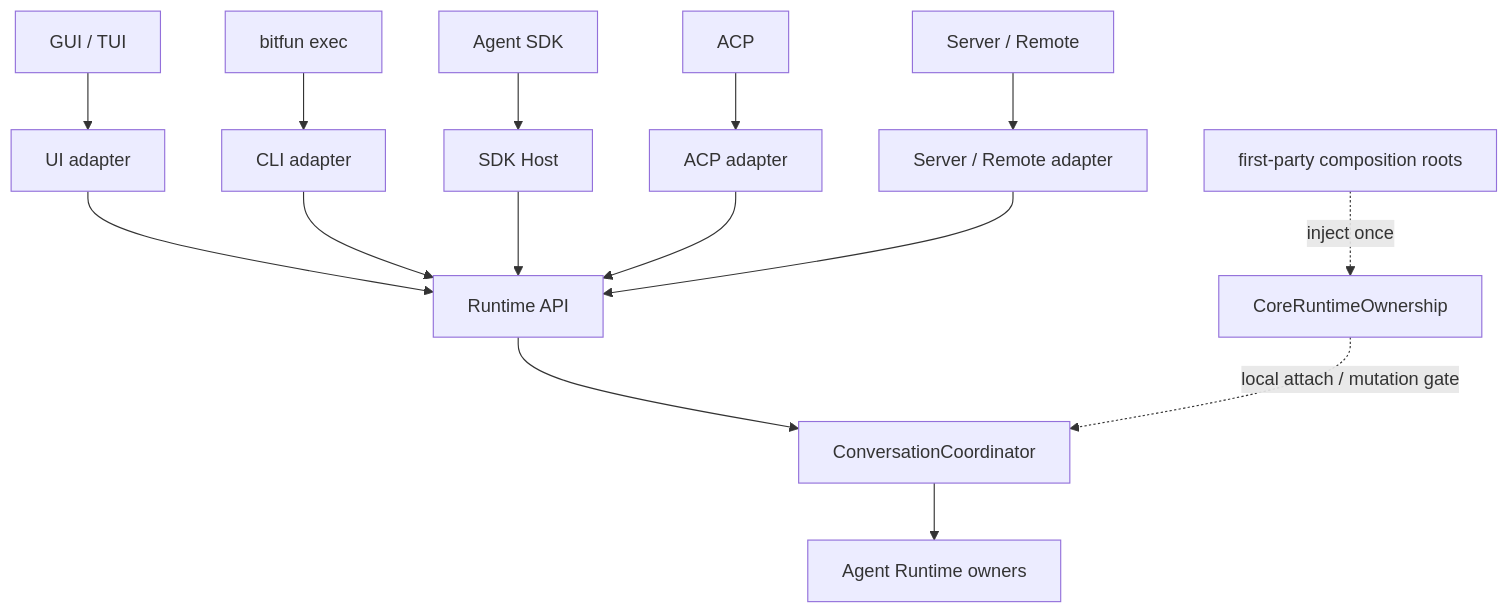
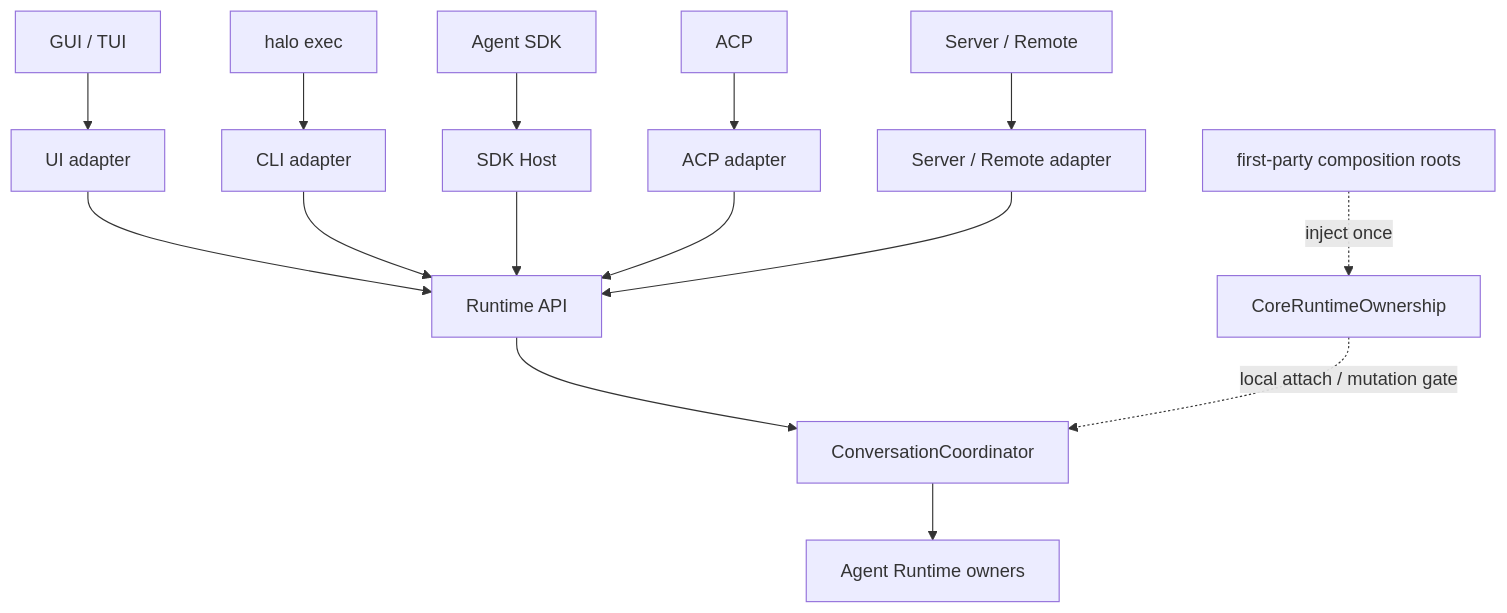
Before and after one commit to Nyzeep/Halo-Studio: the fourth of 11 diagrams in product/Halo Studio/docs/architecture/agent-sdk-product-architecture.md, drawn with Mermaid. The commit also changed other lines of this file and 259 other files, not shown here.

````diff
--- a/product/Halo Studio/docs/architecture/agent-sdk-product-architecture.md
+++ b/product/Halo Studio/docs/architecture/agent-sdk-product-architecture.md
@@ -173,18 +173,18 @@
 ```mermaid
 flowchart TB
   GUI["GUI / TUI"] --> UIA["UI adapter"]
-  CLI["bitfun exec"] --> CLIA["CLI adapter"]
+  CLI["halo exec"] --> CLIA["CLI adapter"]
   SDK["Agent SDK"] --> SDKA["SDK Host"]
   ACP["ACP"] --> ACPA["ACP adapter"]
   Server["Server / Remote"] --> RemoteA["Server / Remote adapter"]
   UIA --> API["Runtime API"]
   CLIA --> API
   SDKA --> API
   ACPA --> API["Runtime API"]
   RemoteA --> API
   API --> Coordinator["ConversationCoordinator"]
   Coordinator --> Runtime["Agent Runtime owners"]
 
   Composition["first-party composition roots"] -. "inject once" .-> Ownership["CoreRuntimeOwnership"]
   Ownership -. "local attach / mutation gate" .-> Coordinator
 ```
````
